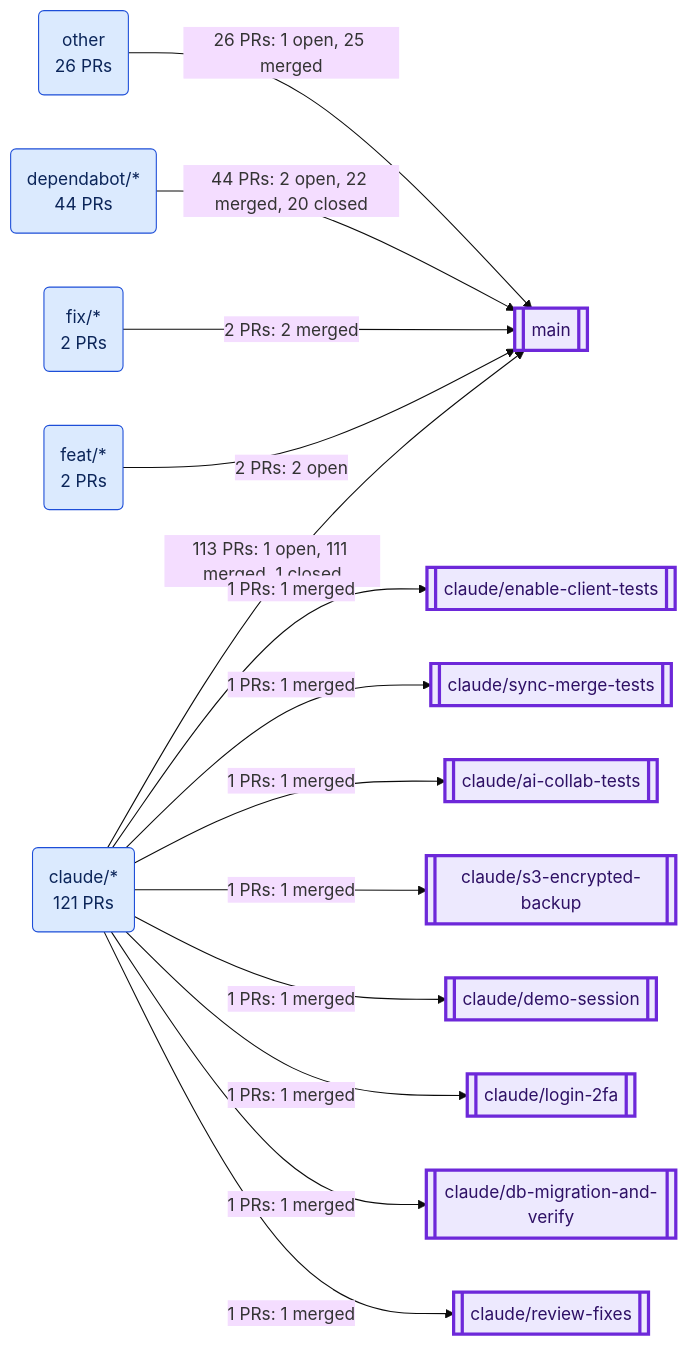
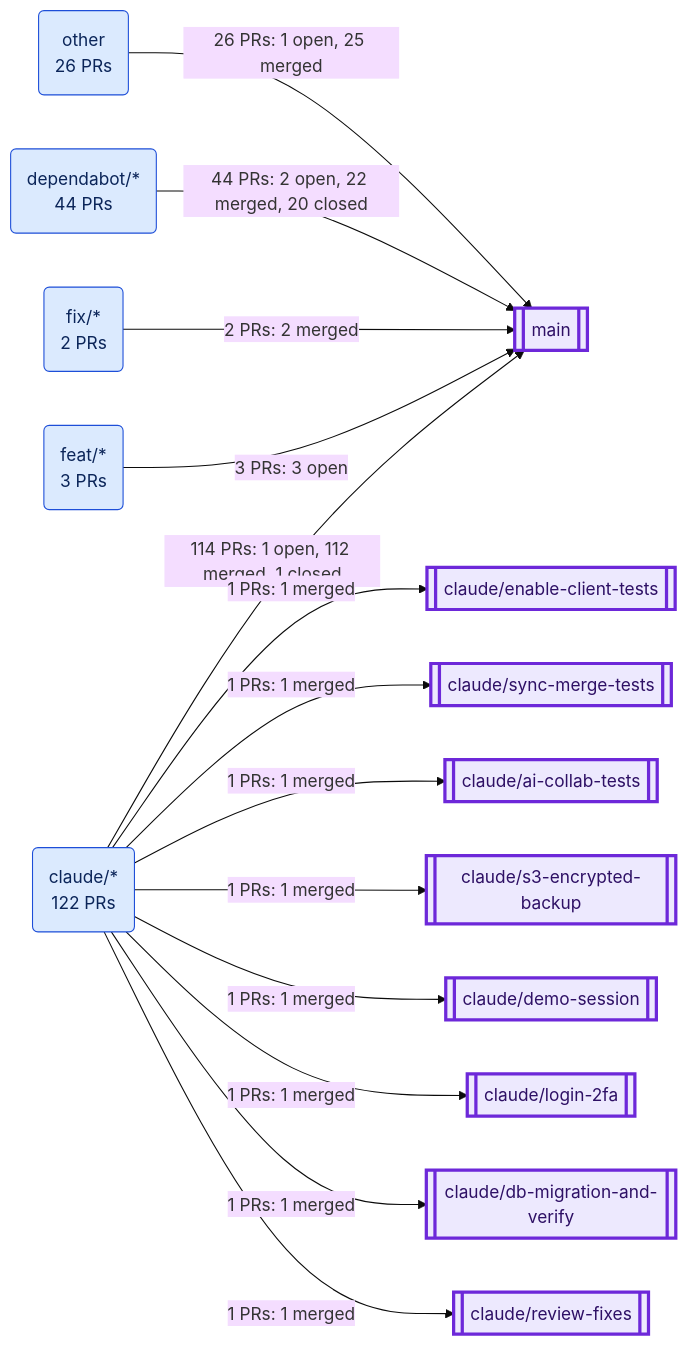
One commit to VijayKumaro7/NotionAI_Notepad changed the first of 7 diagrams in docs/PR_BRANCH_VISUALIZATION.md. Above: the diagram before and after it, drawn with Mermaid (base theme). The commit also changed other lines of this file and 2 other files, not shown here.

````diff
--- a/docs/PR_BRANCH_VISUALIZATION.md
+++ b/docs/PR_BRANCH_VISUALIZATION.md
@@ -37,35 +37,35 @@
 ```mermaid
 flowchart LR
-  g0("claude/*<br/>121 PRs"):::source
+  g0("claude/*<br/>122 PRs"):::source
   g1("dependabot/*<br/>44 PRs"):::source
-  g2("feat/*<br/>2 PRs"):::source
+  g2("feat/*<br/>3 PRs"):::source
   g3("fix/*<br/>2 PRs"):::source
   g4("other<br/>26 PRs"):::source
   b7[["claude/ai-collab-tests"]]:::target
   b14[["claude/db-migration-and-verify"]]:::target
   b16[["claude/demo-session"]]:::target
   b19[["claude/enable-client-tests"]]:::target
   b29[["claude/login-2fa"]]:::target
   b34[["claude/review-fixes"]]:::target
   b35[["claude/s3-encrypted-backup"]]:::target
-  b43[["claude/sync-merge-tests"]]:::target
-  b97[["main"]]:::target
-  g4 -->|"26 PRs: 1 open, 25 merged"| b97
-  g0 -->|"113 PRs: 1 open, 111 merged, 1 closed"| b97
+  b44[["claude/sync-merge-tests"]]:::target
+  b99[["main"]]:::target
+  g4 -->|"26 PRs: 1 open, 25 merged"| b99
+  g0 -->|"114 PRs: 1 open, 112 merged, 1 closed"| b99
   g0 -->|"1 PRs: 1 merged"| b19
-  g0 -->|"1 PRs: 1 merged"| b43
+  g0 -->|"1 PRs: 1 merged"| b44
   g0 -->|"1 PRs: 1 merged"| b7
   g0 -->|"1 PRs: 1 merged"| b35
   g0 -->|"1 PRs: 1 merged"| b16
-  g1 -->|"44 PRs: 2 open, 22 merged, 20 closed"| b97
+  g1 -->|"44 PRs: 2 open, 22 merged, 20 closed"| b99
   g0 -->|"1 PRs: 1 merged"| b29
   g0 -->|"1 PRs: 1 merged"| b14
   g0 -->|"1 PRs: 1 merged"| b34
-  g3 -->|"2 PRs: 2 merged"| b97
-  g2 -->|"2 PRs: 2 open"| b97
+  g3 -->|"2 PRs: 2 merged"| b99
+  g2 -->|"3 PRs: 3 open"| b99
   classDef source fill:#dbeafe,stroke:#1d4ed8,color:#0b2559
   classDef target fill:#ede9fe,stroke:#6d28d9,stroke-width:3px,color:#2e1065
   classDef open fill:#fef3c7,stroke:#b45309,stroke-width:2px,color:#451a03
   classDef merged fill:#dcfce7,stroke:#15803d,color:#052e16
   classDef closed fill:#f3f4f6,stroke:#b91c1c,stroke-dasharray:5 3,color:#111827
 ```
````
